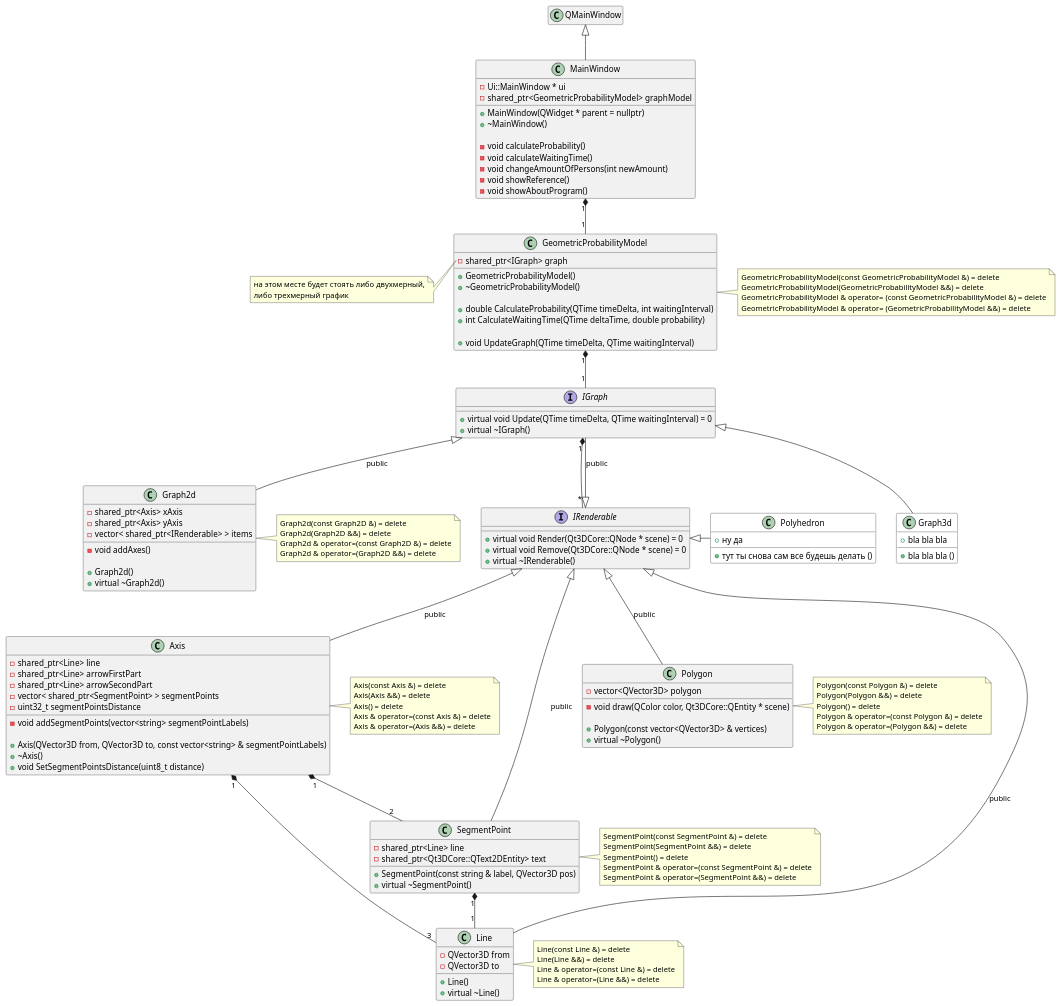
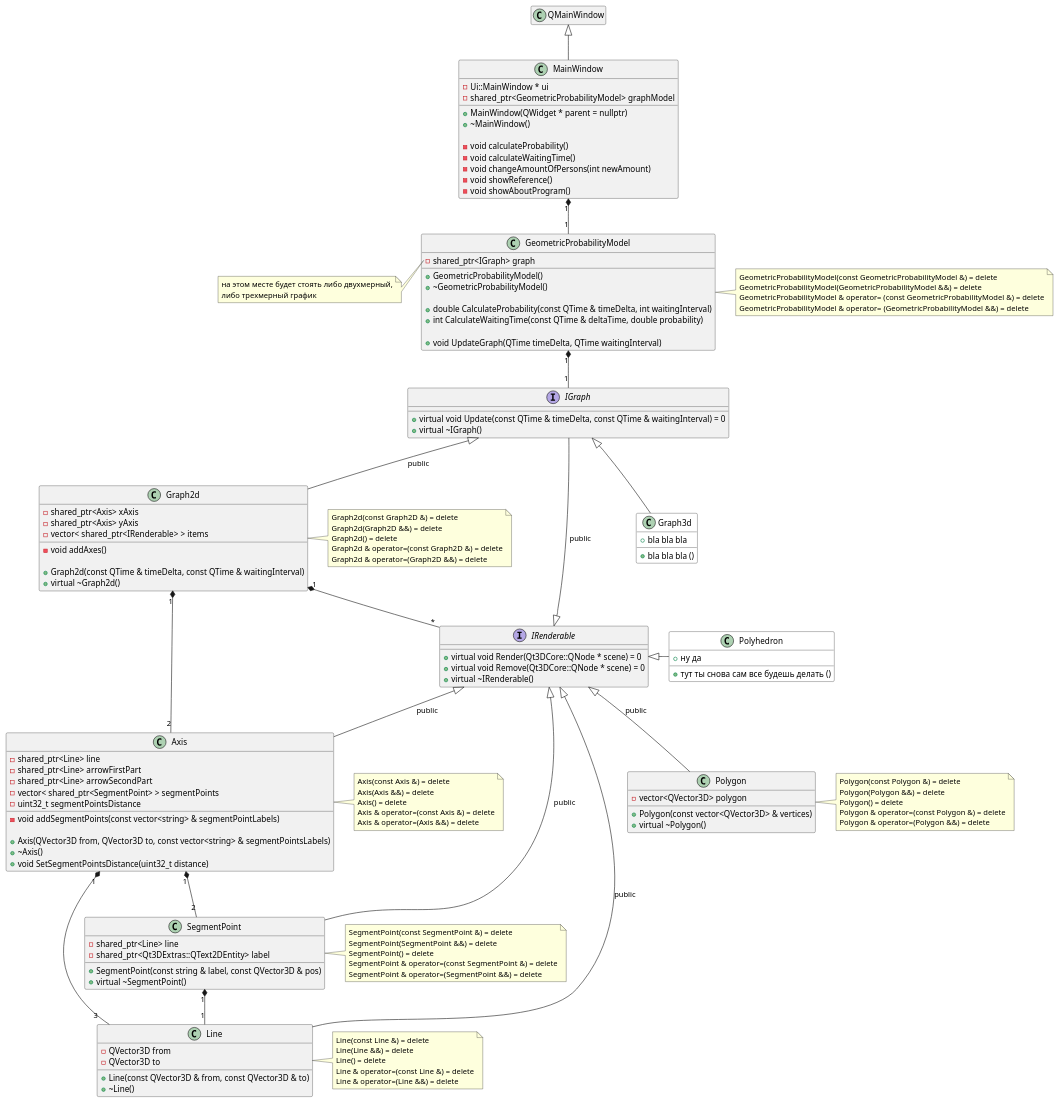
One commit to HandsAndKeyboards/AppointmentProblem changed the diagram in doc/graph2d class.puml. Above: the diagram before and after it, drawn with PlantUML. The commit also changed 1 other file, not shown here.

Commit message:
1) удалена связь агрегации между интерфейсами IGraph и IRenderable 2) добавлены связи между классами Graph2d & Axis и Graph2d & IRenderable 3) изменен конструктор класса Graph2d 4) мелкие исправления

```diff
--- a/doc/graph2d class.puml
+++ b/doc/graph2d class.puml
@@ -1,187 +1,189 @@
 @startuml 
 
 'https://plantuml.com/class-diagram
 
 class MainWindow {
     - Ui::MainWindow * ui
     - shared_ptr<GeometricProbabilityModel> graphModel
 
     + MainWindow(QWidget * parent = nullptr)
     + ~MainWindow()
 
     - void calculateProbability()
     - void calculateWaitingTime()
     - void changeAmountOfPersons(int newAmount)
     - void showReference()
     - void showAboutProgram()
 }
 QMainWindow <|-- MainWindow
 hide QMainWindow members
 
 
 
 class GeometricProbabilityModel {
     - shared_ptr<IGraph> graph
 
     + GeometricProbabilityModel()
     + ~GeometricProbabilityModel()
 
-    + double CalculateProbability(QTime timeDelta, int waitingInterval)
-    + int CalculateWaitingTime(QTime deltaTime, double probability)
+    + double CalculateProbability(const QTime & timeDelta, int waitingInterval)
+    + int CalculateWaitingTime(const QTime & deltaTime, double probability)
 
     + void UpdateGraph(QTime timeDelta, QTime waitingInterval)
 }
 MainWindow "1" *-- "1" GeometricProbabilityModel
 note left of GeometricProbabilityModel::"graph"
     на этом месте будет стоять либо двухмерный,
     либо трехмерный график
 end note
 note right of GeometricProbabilityModel
     GeometricProbabilityModel(const GeometricProbabilityModel &) = delete
     GeometricProbabilityModel(GeometricProbabilityModel &&) = delete
     GeometricProbabilityModel & operator= (const GeometricProbabilityModel &) = delete
     GeometricProbabilityModel & operator= (GeometricProbabilityModel &&) = delete
 end note
 
 
 
 interface IGraph {
-    + virtual void Update(QTime timeDelta, QTime waitingInterval) = 0
+    + virtual void Update(const QTime & timeDelta, const QTime & waitingInterval) = 0
     + virtual ~IGraph()
 }
 IRenderable <|-- IGraph : public
 GeometricProbabilityModel "1" *-- "1" IGraph
 note left of IGraph::"mainFigure"
     основная фигура, характеризующая
     геометрическую вероятность
 end note
 note left of IGraph::"boundingFigure"
     фигура, ограничивающая основную
 end note
 
 
 
 class Graph2d {
     - shared_ptr<Axis> xAxis
     - shared_ptr<Axis> yAxis
-'    - vector< shared_ptr<IGeometric> > items
     - vector< shared_ptr<IRenderable> > items
 
     - void addAxes()
 
-    + Graph2d()
+    + Graph2d(const QTime & timeDelta, const QTime & waitingInterval)
     + virtual ~Graph2d()
 }
 IGraph <|-- Graph2d : public
 note right of Graph2d
     Graph2d(const Graph2D &) = delete
     Graph2d(Graph2D &&) = delete
+    Graph2d() = delete
     Graph2d & operator=(const Graph2D &) = delete
     Graph2d & operator=(Graph2D &&) = delete
 end note
 
 
 
 class Graph3d #white { /' #white окрашивает объект в белый цвет '/
     + bla bla bla
     + bla bla bla ()
 }
 IGraph <|-- Graph3d
 
 
 
 class Axis {
     - shared_ptr<Line> line
     - shared_ptr<Line> arrowFirstPart
     - shared_ptr<Line> arrowSecondPart
     - vector< shared_ptr<SegmentPoint> > segmentPoints
     - uint32_t segmentPointsDistance
 
-    - void addSegmentPoints(vector<string> segmentPointLabels)
+    - void addSegmentPoints(const vector<string> & segmentPointLabels)
 
-    + Axis(QVector3D from, QVector3D to, const vector<string> & segmentPointLabels)
+    + Axis(QVector3D from, QVector3D to, const vector<string> & segmentPointsLabels)
     + ~Axis()
-    + void SetSegmentPointsDistance(uint8_t distance)
+    + void SetSegmentPointsDistance(uint32_t distance)
 }
 IRenderable <|-- Axis : public
+Graph2d "1" *-- "2" Axis
 note right of Axis
     Axis(const Axis &) = delete
     Axis(Axis &&) = delete
     Axis() = delete
     Axis & operator=(const Axis &) = delete
     Axis & operator=(Axis &&) = delete
 end note
 
 
 
 class SegmentPoint {
     - shared_ptr<Line> line
-    - shared_ptr<Qt3DCore::QText2DEntity> text
+    - shared_ptr<Qt3DExtras::QText2DEntity> label
 
-    + SegmentPoint(const string & label, QVector3D pos)
+    + SegmentPoint(const string & label, const QVector3D & pos)
     + virtual ~SegmentPoint()
 }
 IRenderable <|-- SegmentPoint : public
 Axis "1" *-- "2" SegmentPoint
 note right of SegmentPoint
     SegmentPoint(const SegmentPoint &) = delete
     SegmentPoint(SegmentPoint &&) = delete
     SegmentPoint() = delete
     SegmentPoint & operator=(const SegmentPoint &) = delete
     SegmentPoint & operator=(SegmentPoint &&) = delete
 end note
 
 
 
 class Polygon {
     - vector<QVector3D> polygon
-
-    - void draw(QColor color, Qt3DCore::QEntity * scene)
 
     + Polygon(const vector<QVector3D> & vertices)
     + virtual ~Polygon()
 }
 IRenderable <|-- Polygon : public
 note right of Polygon
     Polygon(const Polygon &) = delete
     Polygon(Polygon &&) = delete
     Polygon() = delete
     Polygon & operator=(const Polygon &) = delete
     Polygon & operator=(Polygon &&) = delete
 end note
 
 
 
 class Polyhedron #white { /' #white окрашивает объект в белый цвет '/
     + ну да
     + тут ты снова сам все будешь делать ()
 }
 IRenderable <|- Polyhedron
 
 
 
 interface IRenderable {
     + virtual void Render(Qt3DCore::QNode * scene) = 0
     + virtual void Remove(Qt3DCore::QNode * scene) = 0
     + virtual ~IRenderable()
 }
-IGraph "1" *-- "*" IRenderable
+IGraph -[hidden]- IRenderable
+Graph2d "1" *-- "*" IRenderable
+
 
 class Line {
     - QVector3D from
     - QVector3D to
 
-    + Line()
-    + virtual ~Line()
+    + Line(const QVector3D & from, const QVector3D & to)
+    + ~Line()
 }
 IRenderable <|-- Line : public
 SegmentPoint "1" *-- "1" Line
 Axis "1" *-- "3" Line
 note right of Line
     Line(const Line &) = delete
     Line(Line &&) = delete
+    Line() = delete
     Line & operator=(const Line &) = delete
     Line & operator=(Line &&) = delete
 end note
 
 @enduml
```
